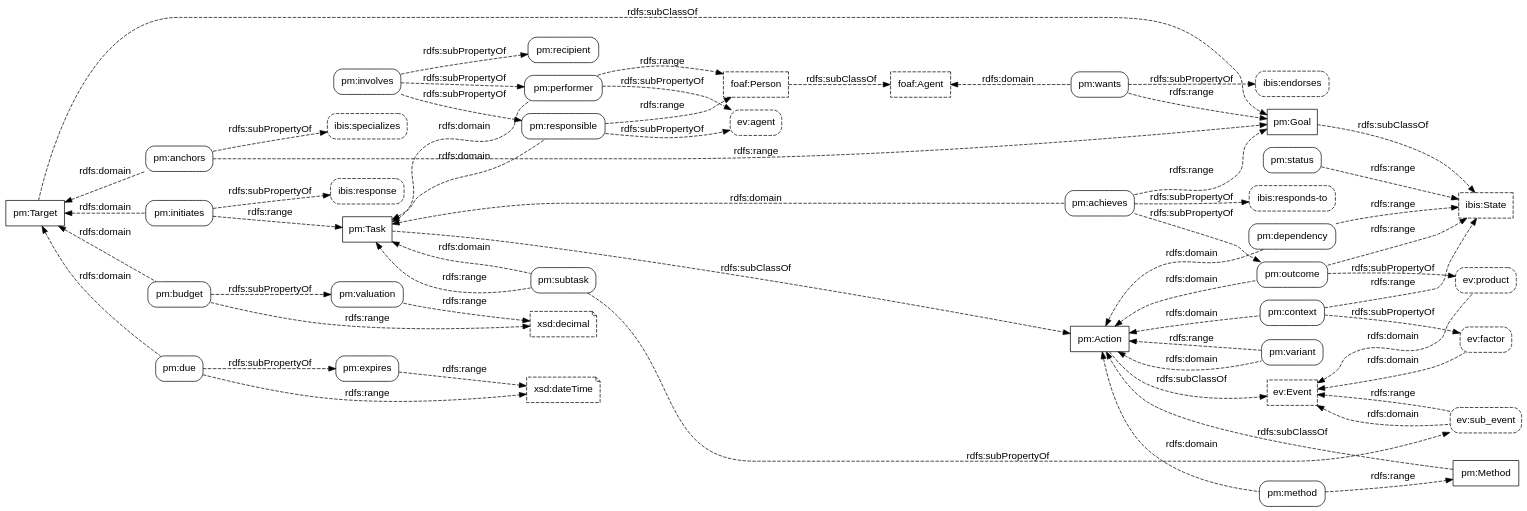
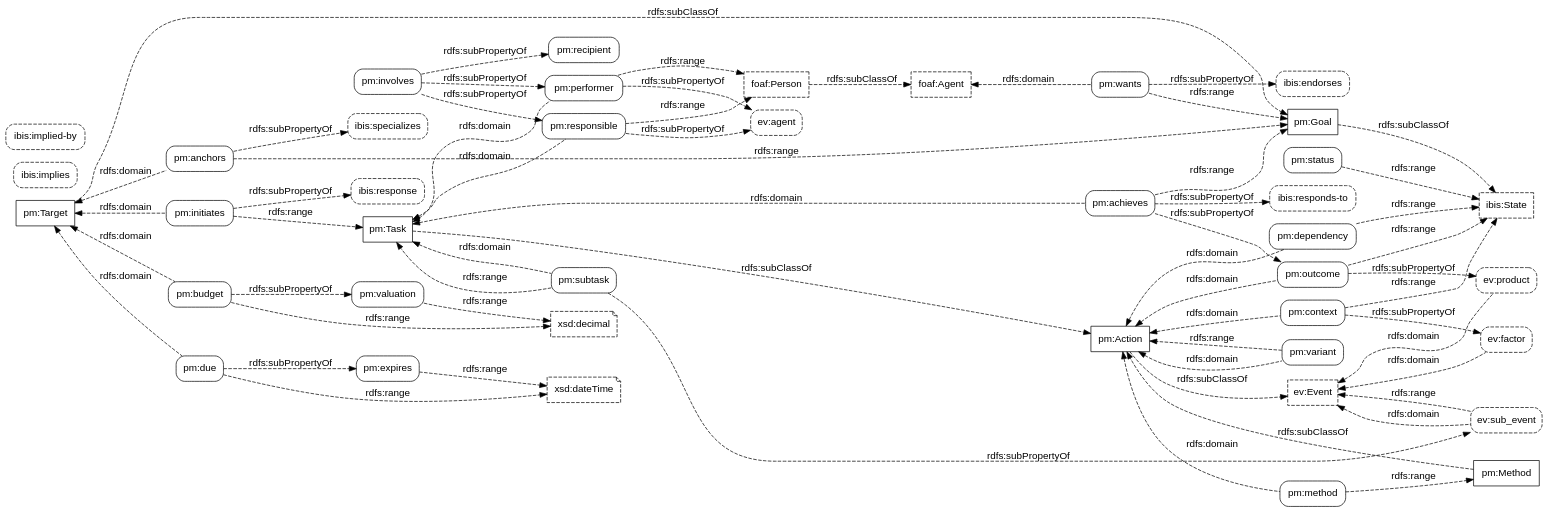
Before and after one commit to doriantaylor/owl-process-model: the diagram in process-model-properties.dot, drawn with Graphviz. The commit also changed 2 other files, not shown here.

Commit message:
making pm:dependency a subproperty of ibis:implies

```diff
--- a/process-model-properties.dot
+++ b/process-model-properties.dot
@@ -1,151 +1,153 @@
 digraph {
     graph [bgcolor=transparent,overlap=false,rankdir=LR];
     node [shape=box,style=rounded,color="#000000",fontcolor="#000000",fontname="Lucida Grande, Lucida Sans Unicode, sans-serif", target="_parent"];
     edge [concentrate=true,color="#000000",fontcolor="#000000",fontname="Lucida Grande, Lucida Sans Unicode, sans-serif"];
 
     // third-party classses
 
     subgraph {
         node [shape=box, style=dashed];
         // skos_Concept [label="skos:Concept"];
         ev_Event [label="ev:Event", href="http://motools.sourceforge.net/event/event.html#term_Event"];
         foaf_Agent [label="foaf:Agent", href="http://xmlns.com/foaf/spec/#term_Agent"];
         foaf_Person [label="foaf:Person", href="http://xmlns.com/foaf/spec/#term_Person"];
         // ibis_Issue [label="ibis:Issue", href="https://vocab.methodandstructure.com/ibis#Issue"];
         // ibis_Position [label="ibis:Position", href="https://vocab.methodandstructure.com/ibis#Position"];
 	// time_Instant [label="time:Instant", href="https://www.w3.org/TR/owl-time/#time:Instant"];
 	ibis_State [label="ibis:State", href="https://vocab.methodandstructure.com/ibis#State"];
     }
 
     // our classes
 
     subgraph {
         node [shape=box, style=""];
 	pm_Goal   [label="pm:Goal", href="https://vocab.methodandstructure.com/process-model#Goal"];
 	pm_Target [label="pm:Target", href="https://vocab.methodandstructure.com/process-model#Target"];
 	pm_Action [label="pm:Action", href="https://vocab.methodandstructure.com/process-model#Action"];
 	pm_Task   [label="pm:Task", href="https://vocab.methodandstructure.com/process-model#Task"];
 	pm_Method [label="pm:Method", href="https://vocab.methodandstructure.com/process-model#Method"];
     }
 
     // third-party properties
 
     subgraph {
         node [style="dashed,rounded"];
-        ev_agent [label="ev:agent"];
-        ev_factor [label="ev:factor"];
-        ev_product [label="ev:product"];
-        ev_sub_event [label="ev:sub_event"];
-        ibis_endorses [label="ibis:endorses"];
-        ibis_response [label="ibis:response"];
-        ibis_responds_to [label="ibis:responds-to"];
-        ibis_specializes [label="ibis:specializes"];
+        ev_agent         [label="ev:agent", href="https://motools.sourceforge.net/event/event.html#term_agent"];
+        ev_factor        [label="ev:factor", href="https://motools.sourceforge.net/event/event.html#term_factor"];
+        ev_product       [label="ev:product", href="https://motools.sourceforge.net/event/event.html#term_product"];
+        ev_sub_event     [label="ev:sub_event" href="https://motools.sourceforge.net/event/event.html#term_sub_event"];
+        ibis_endorses    [label="ibis:endorses", href="https://vocab.methodandstructure.com/ibis#endorses"];
+        ibis_implies     [label="ibis:implies", href="https://vocab.methodandstructure.com/ibis#implies"];
+        ibis_implied_by  [label="ibis:implied-by", href="https://vocab.methodandstructure.com/ibis#implied-by"];
+        ibis_response    [label="ibis:response", href="https://vocab.methodandstructure.com/ibis#response"];
+        ibis_responds_to [label="ibis:responds-to", href="https://vocab.methodandstructure.com/ibis#responds-to"];
+        ibis_specializes [label="ibis:specializes", href="https://vocab.methodandstructure.com/ibis#specializes"];
     }
 
     // datatypes
 
     // subgraph {
     //     node [shape=note];
     //     pm_ARQ [label="pm:ARQ", href="https://vocab.methodandstructure.com/process-model#"];
     // }
 
     subgraph {
 	node [shape=note,style="dashed"];
 	xsd_decimal [label="xsd:decimal", href="https://www.w3.org/TR/xmlschema11-2/#decimal"];
 	xsd_dateTime [label="xsd:dateTime", href="https://www.w3.org/TR/xmlschema11-2/#dateTime"];
     }
 
     // our properties
 
     pm_achieves    [label="pm:achieves",    href="https://vocab.methodandstructure.com/process-model#achieves"];
     pm_anchors     [label="pm:anchors",     href="https://vocab.methodandstructure.com/process-model#anchors"];
     pm_budget      [label="pm:budget",      href="https://vocab.methodandstructure.com/process-model#budget"];
     pm_context     [label="pm:context",     href="https://vocab.methodandstructure.com/process-model#context"];
     pm_dependency  [label="pm:dependency",  href="https://vocab.methodandstructure.com/process-model#dependency"];
     pm_due         [label="pm:due",         href="https://vocab.methodandstructure.com/process-model#due"];
     pm_expires     [label="pm:expires",     href="https://vocab.methodandstructure.com/process-model#expires"];
     pm_initiates   [label="pm:initiates",   href="https://vocab.methodandstructure.com/process-model#initiates"];
     pm_involves    [label="pm:involves",    href="https://vocab.methodandstructure.com/process-model#involves"];
     pm_method      [label="pm:method",      href="https://vocab.methodandstructure.com/process-model#method"];
     pm_outcome     [label="pm:outcome",     href="https://vocab.methodandstructure.com/process-model#outcome"];
     pm_performer   [label="pm:performer",   href="https://vocab.methodandstructure.com/process-model#performer"];
     pm_recipient   [label="pm:recipient",   href="https://vocab.methodandstructure.com/process-model#recipient"];
     pm_responsible [label="pm:responsible", href="https://vocab.methodandstructure.com/process-model#responsible"];
     pm_status      [label="pm:status",      href="https://vocab.methodandstructure.com/process-model#status"];
     pm_subtask     [label="pm:subtask",     href="https://vocab.methodandstructure.com/process-model#subtask"];
     pm_valuation   [label="pm:valuation",   href="https://vocab.methodandstructure.com/process-model#valuation"];
     pm_variant     [label="pm:variant",     href="https://vocab.methodandstructure.com/process-model#variant"];
     pm_wants       [label="pm:wants",       href="https://vocab.methodandstructure.com/process-model#wants"];
 
     // relations
 
     subgraph {
         edge [style=dashed, label="rdfs:subClassOf"];
 	foaf_Person -> foaf_Agent;
 	pm_Method   -> pm_Action;
 	pm_Target   -> pm_Goal   -> ibis_State;
 	pm_Task     -> pm_Action -> ev_Event;
     }
 
     subgraph {
         edge [style=dashed, label="rdfs:subPropertyOf"];
 	pm_achieves    -> ibis_responds_to;
 	pm_achieves    -> pm_outcome -> ev_product;
 	pm_anchors     -> ibis_specializes;
 	pm_context     -> ev_factor;
 	pm_initiates   -> ibis_response;
 	pm_performer   -> ev_agent;
 	pm_responsible -> ev_agent;
 	pm_subtask     -> ev_sub_event;
 	pm_wants       -> ibis_endorses;
         // pm_variant     -> ev_sub_event;
         pm_budget      -> pm_valuation;
         pm_due         -> pm_expires;
         pm_involves    -> pm_performer;
         pm_involves    -> pm_recipient;
         pm_involves    -> pm_responsible;
     }
 
     subgraph {
         edge [style=dashed, dir=back, label="rdfs:domain"];
 	ev_Event   -> ev_factor;
 	ev_Event   -> ev_product;
 	ev_Event   -> ev_sub_event;
 	pm_Task    -> pm_achieves;
 	pm_Target  -> pm_anchors;
 	pm_Target  -> pm_budget;
 	pm_Action  -> pm_context;
 	pm_Action  -> pm_dependency;
 	foaf_Agent -> pm_wants;
 	pm_Target  -> pm_due;
 	pm_Target  -> pm_initiates;
 	pm_Action  -> pm_method;
 	pm_Action  -> pm_outcome;
 	pm_Task    -> pm_performer;
 	pm_Task    -> pm_responsible;
 	pm_Task    -> pm_subtask;
 	pm_Action  -> pm_variant;
     }
 
     subgraph {
         edge [style=dashed, label="rdfs:range"];
 	ev_sub_event   -> ev_Event;
 	pm_achieves    -> pm_Goal;
 	pm_anchors     -> pm_Goal;
 	pm_budget      -> xsd_decimal;
 	pm_context     -> ibis_State;
 	pm_dependency  -> ibis_State;
 	pm_due         -> xsd_dateTime;
 	pm_expires     -> xsd_dateTime;
 	pm_initiates   -> pm_Task;
 	pm_method      -> pm_Method;
 	pm_outcome     -> ibis_State;
 	pm_performer   -> foaf_Person;
 	pm_responsible -> foaf_Person;
 	pm_status      -> ibis_State;
 	pm_subtask     -> pm_Task;
 	pm_valuation   -> xsd_decimal;
 	pm_variant     -> pm_Action;
 	pm_wants       -> pm_Goal;
     }
 }
```
